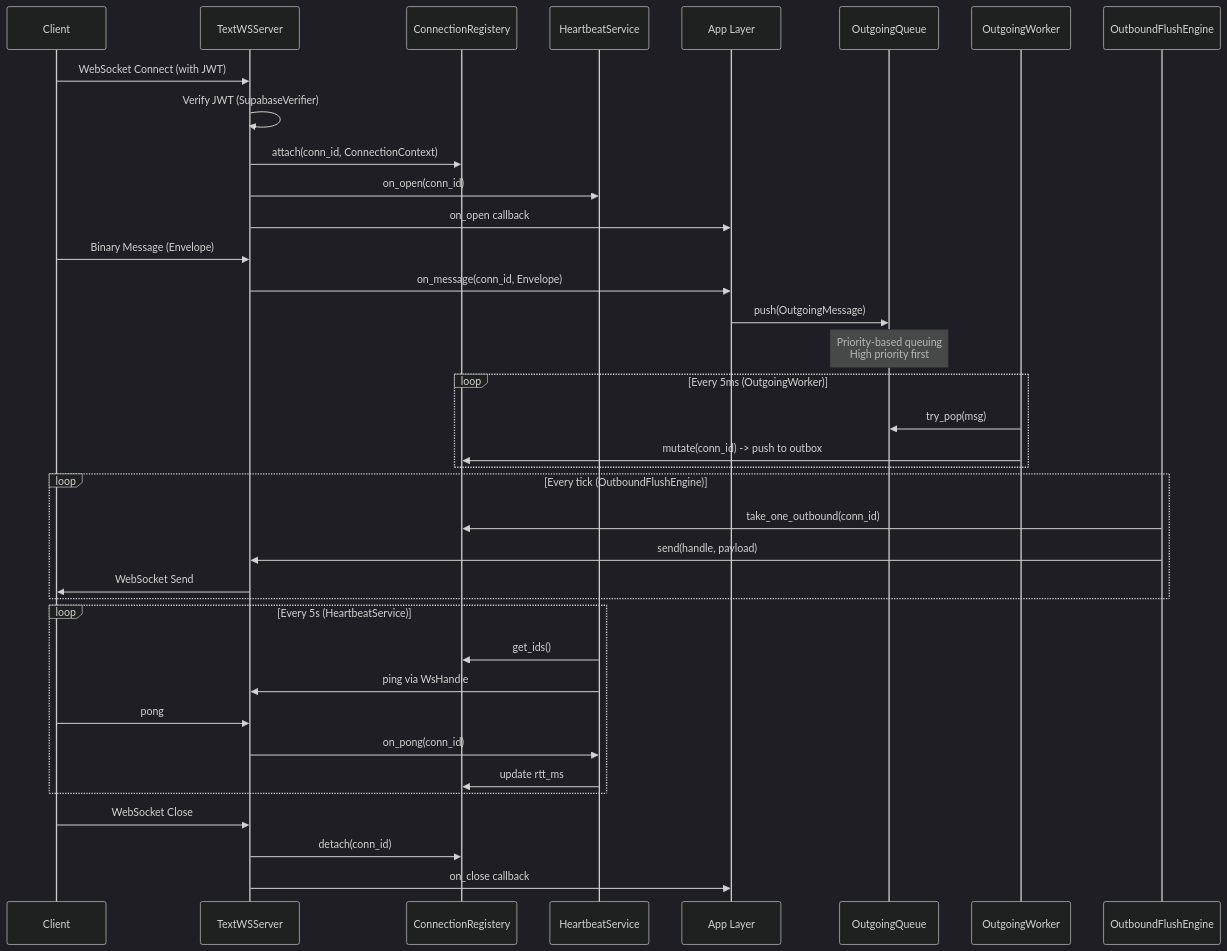
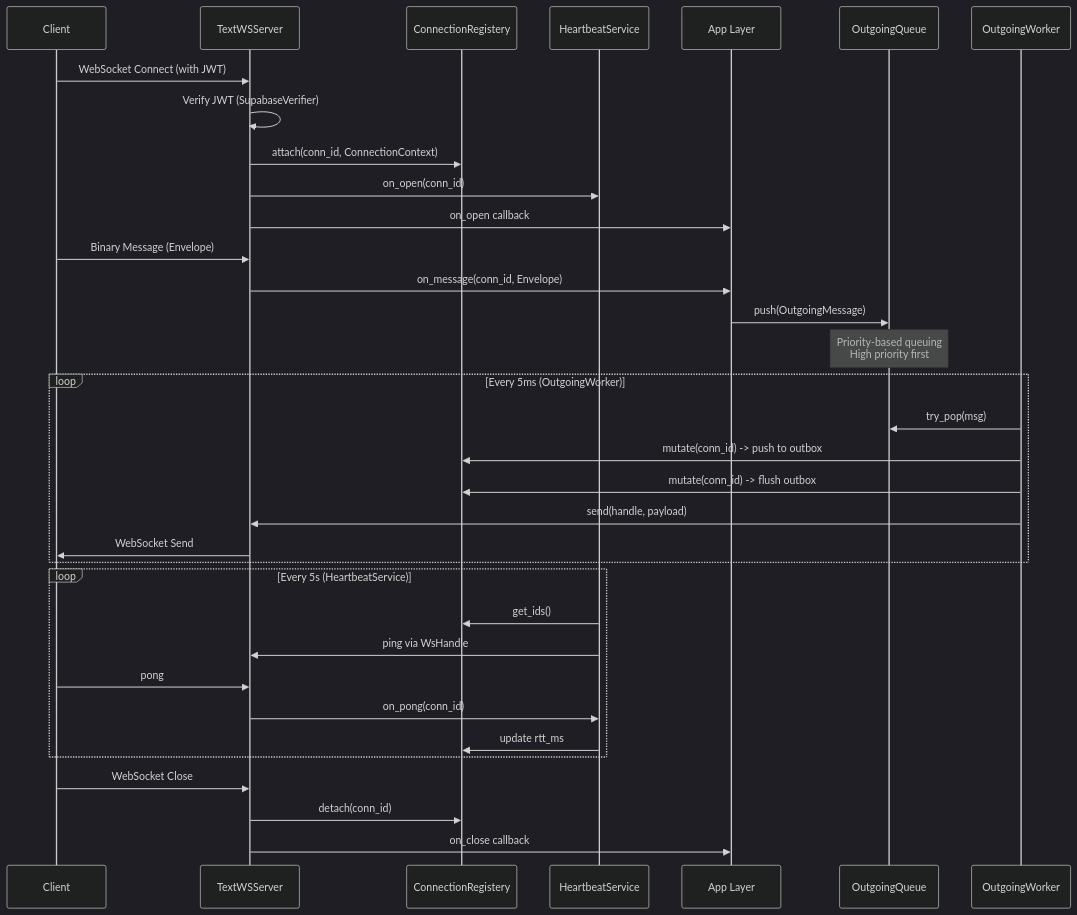
One commit to bilalkah/kergit-server changed the third of 3 diagrams in architecture/net_architecture.md. Above: the diagram before and after it, drawn with Mermaid (dark theme). The commit also changed other lines of this file and 7 other files, not shown here.

Commit message:
refactor(net): remove OutboundFlushEngine and centralize all outbound outbox actions in OutgoingWorker

````diff
--- a/architecture/net_architecture.md
+++ b/architecture/net_architecture.md
@@ -459,51 +440,47 @@
 ```mermaid
 sequenceDiagram
     participant Client
     participant TextWSServer
     participant ConnectionRegistery
     participant HeartbeatService
     participant App as App Layer
     participant OutgoingQueue
     participant OutgoingWorker
-    participant OutboundFlushEngine
 
     %% Connection Setup
     Client->>TextWSServer: WebSocket Connect (with JWT)
     TextWSServer->>TextWSServer: Verify JWT (SupabaseVerifier)
     TextWSServer->>ConnectionRegistery: attach(conn_id, ConnectionContext)
     TextWSServer->>HeartbeatService: on_open(conn_id)
     TextWSServer->>App: on_open callback
 
     %% Incoming Message
     Client->>TextWSServer: Binary Message (Envelope)
     TextWSServer->>App: on_message(conn_id, Envelope)
 
     %% Outgoing Message Flow
     App->>OutgoingQueue: push(OutgoingMessage)
     Note over OutgoingQueue: Priority-based queuing<br/>High priority first
 
     loop Every 5ms (OutgoingWorker)
         OutgoingWorker->>OutgoingQueue: try_pop(msg)
         OutgoingWorker->>ConnectionRegistery: mutate(conn_id) -> push to outbox
-    end
-
-    loop Every tick (OutboundFlushEngine)
-        OutboundFlushEngine->>ConnectionRegistery: take_one_outbound(conn_id)
-        OutboundFlushEngine->>TextWSServer: send(handle, payload)
+        OutgoingWorker->>ConnectionRegistery: mutate(conn_id) -> flush outbox
+        OutgoingWorker->>TextWSServer: send(handle, payload)
         TextWSServer->>Client: WebSocket Send
     end
 
     %% Heartbeat Flow
     loop Every 5s (HeartbeatService)
         HeartbeatService->>ConnectionRegistery: get_ids()
         HeartbeatService->>TextWSServer: ping via WsHandle
         Client->>TextWSServer: pong
         TextWSServer->>HeartbeatService: on_pong(conn_id)
         HeartbeatService->>ConnectionRegistery: update rtt_ms
     end
 
     %% Disconnection
     Client->>TextWSServer: WebSocket Close
     TextWSServer->>ConnectionRegistery: detach(conn_id)
     TextWSServer->>App: on_close callback
 ```
````
